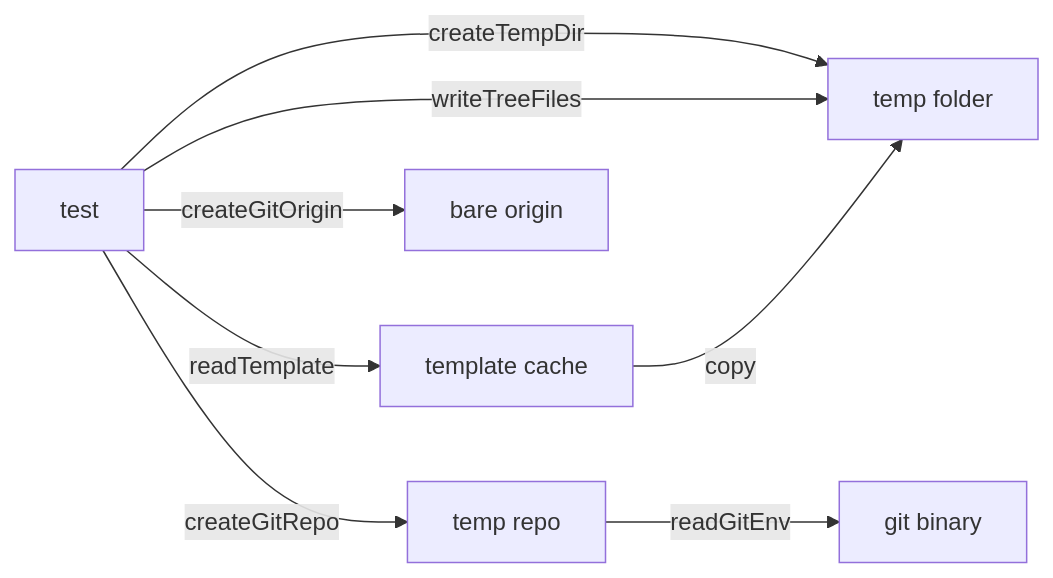
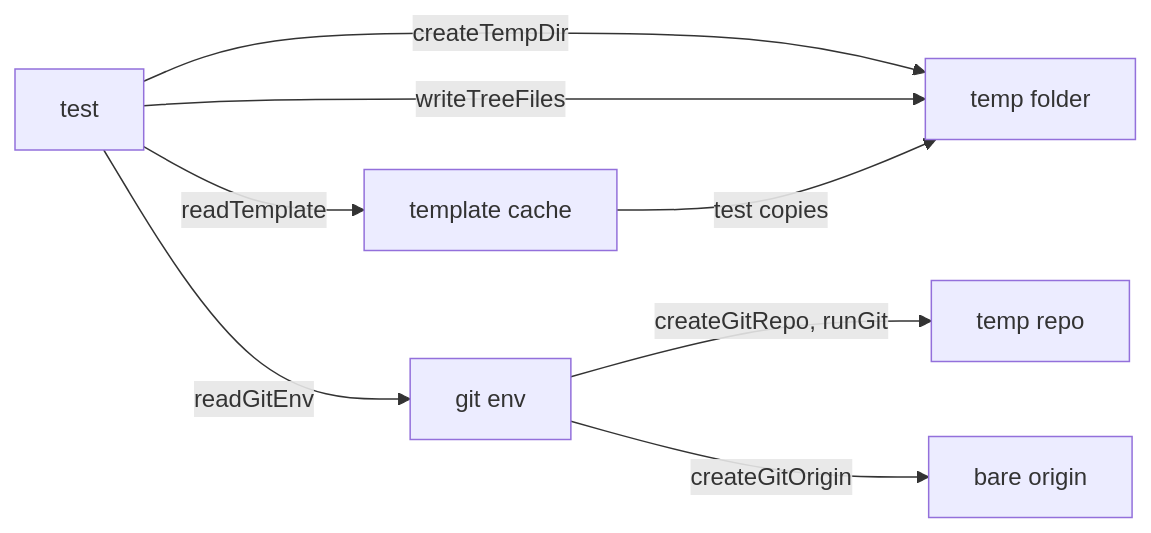
Before and after one commit to zgeoff/tools: the diagram in docs/design/testing-kit/files-and-git.md, drawn with Mermaid. The commit also changed other lines of this file and 8 other files, not shown here.

````diff
--- a/docs/design/testing-kit/files-and-git.md
+++ b/docs/design/testing-kit/files-and-git.md
@@ -11,10 +14,10 @@
 ```mermaid
 flowchart LR
   test -->|"createTempDir"| dir[temp folder]
   test -->|"writeTreeFiles"| dir
   test -->|"readTemplate"| cache[template cache]
-  cache -->|"copy"| dir
-  test -->|"createGitRepo"| repo[temp repo]
-  repo -->|"readGitEnv"| git[git binary]
-  test -->|"createGitOrigin"| origin[bare origin]
+  cache -->|"test copies"| dir
+  test -->|"readGitEnv"| env[git env]
+  env -->|"createGitRepo, runGit"| repo[temp repo]
+  env -->|"createGitOrigin"| origin[bare origin]
 ```
````
